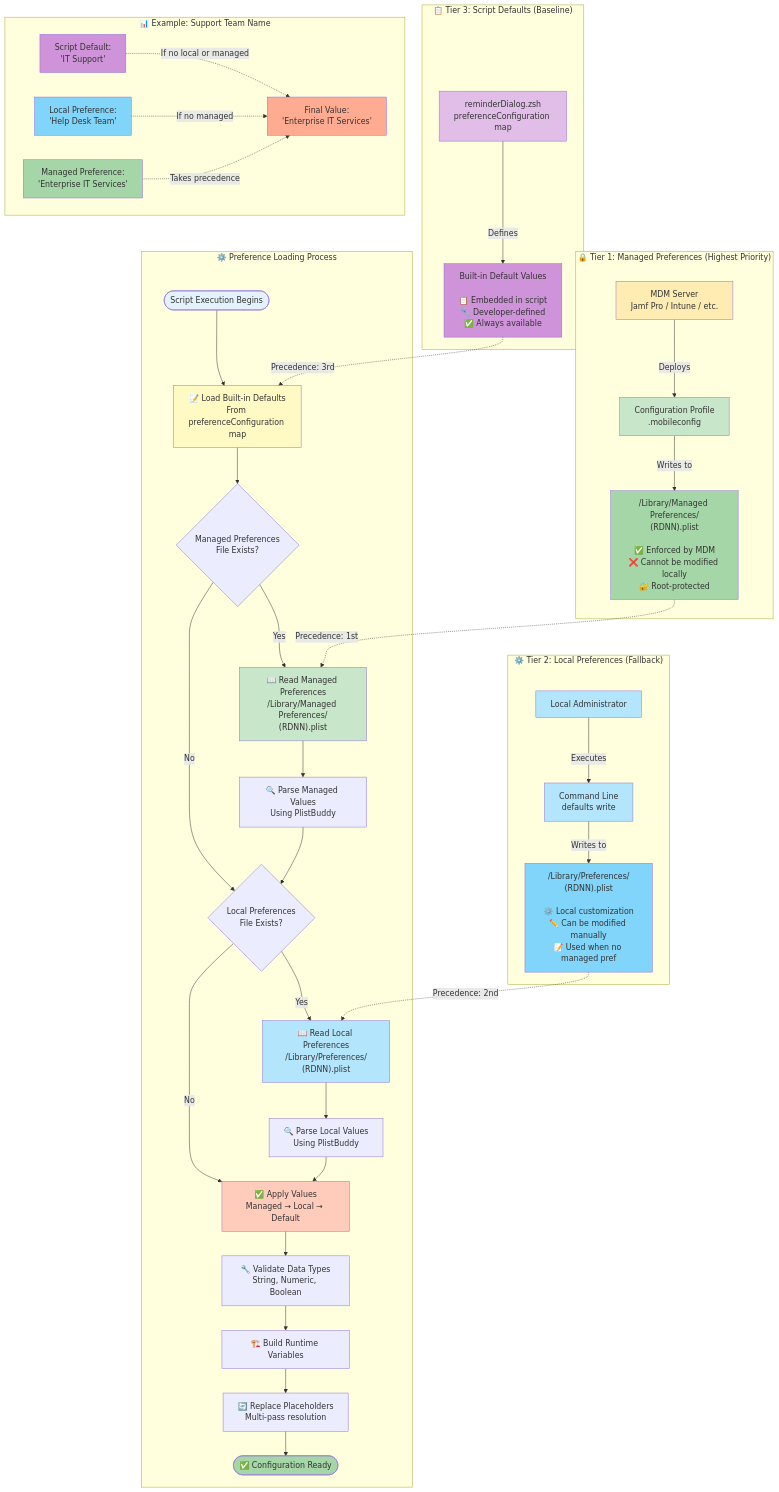
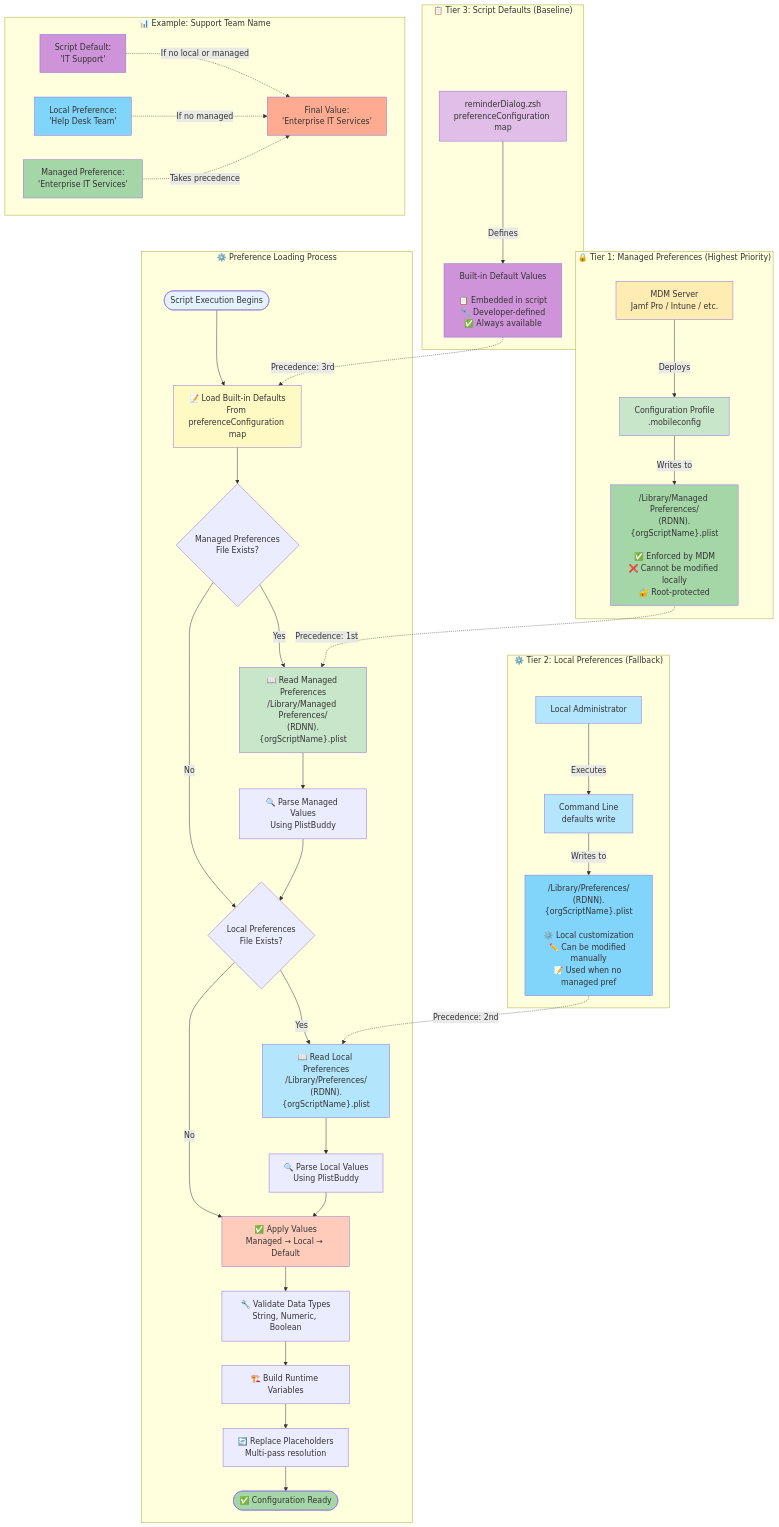
Before and after one commit to dan-snelson/DDM-OS-Reminder: the diagram in Diagrams/05-configuration-hierarchy.md, drawn with Mermaid. The commit also changed other lines of this file and 17 other files, not shown here.

```diff
--- a/Diagrams/05-configuration-hierarchy.md
+++ b/Diagrams/05-configuration-hierarchy.md
@@ -9,13 +9,13 @@
         
         LoadDefaults --> CheckManaged{Managed Preferences<br/>File Exists?}
         
-        CheckManaged -->|Yes| ReadManaged["📖 Read Managed Preferences<br>/Library/Managed Preferences/<br>(RDNN).plist"]
+        CheckManaged -->|Yes| ReadManaged["📖 Read Managed Preferences<br>/Library/Managed Preferences/<br>(RDNN).{orgScriptName}.plist"]
         CheckManaged -->|No| CheckLocal
         
         ReadManaged --> ParseManaged[🔍 Parse Managed Values<br/>Using PlistBuddy]
         ParseManaged --> CheckLocal{Local Preferences<br/>File Exists?}
         
-        CheckLocal -->|Yes| ReadLocal["📖 Read Local Preferences<br>/Library/Preferences/<br>(RDNN).plist"]
+        CheckLocal -->|Yes| ReadLocal["📖 Read Local Preferences<br>/Library/Preferences/<br>(RDNN).{orgScriptName}.plist"]
         CheckLocal -->|No| ApplyValues
         
         ReadLocal --> ParseLocal[🔍 Parse Local Values<br/>Using PlistBuddy]
@@ -39,7 +39,7 @@
         Profile[Configuration Profile<br/>.mobileconfig]
         
         MDM -->|Deploys| Profile
-        Profile -->|Writes to| ManagedPlist["/Library/Managed Preferences/<br>(RDNN).plist<br><br>✅ Enforced by MDM<br>❌ Cannot be modified locally<br>🔐 Root-protected"]
+        Profile -->|Writes to| ManagedPlist["/Library/Managed Preferences/<br>(RDNN).{orgScriptName}.plist<br><br>✅ Enforced by MDM<br>❌ Cannot be modified locally<br>🔐 Root-protected"]
         
         ManagedPlist -.->|Precedence: 1st| ReadManaged
         
@@ -53,7 +53,7 @@
         CLI[Command Line<br/>defaults write]
         
         Admin -->|Executes| CLI
-        CLI -->|Writes to| LocalPlist["/Library/Preferences/<br>(RDNN).plist<br><br>⚙️ Local customization<br>✏️ Can be modified manually<br>📝 Used when no managed pref"]
+        CLI -->|Writes to| LocalPlist["/Library/Preferences/<br>(RDNN).{orgScriptName}.plist<br><br>⚙️ Local customization<br>✏️ Can be modified manually<br>📝 Used when no managed pref"]
         
         LocalPlist -.->|Precedence: 2nd| ReadLocal
         
```
